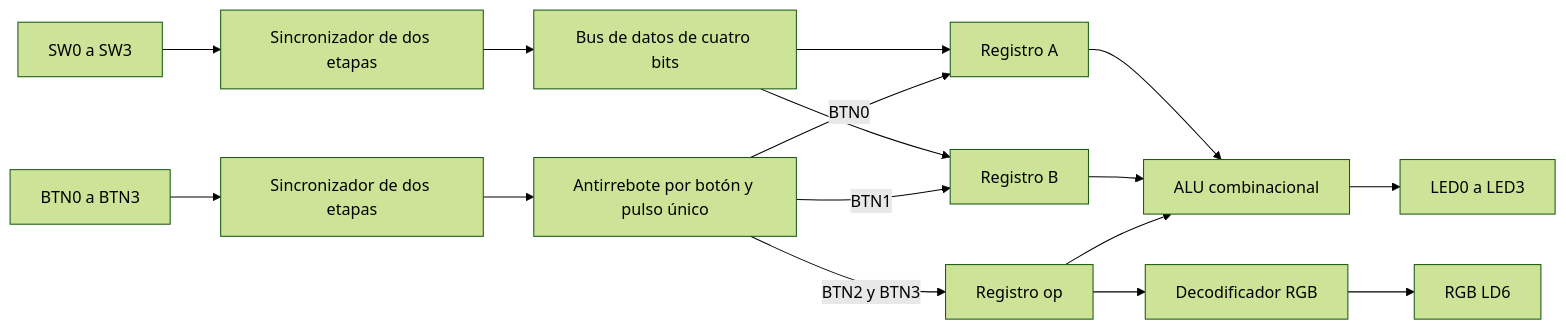
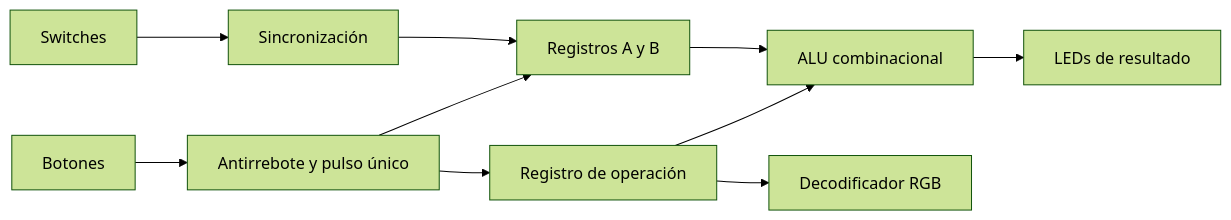
The diagram in README.md (seb31cortes/Lab02_JulianDavidSaavedraPacheco_JuanSebastianCortesGutierrez_CarlosEduardoMatheusQuintero), drawn with Mermaid (forest theme) before and after one commit. The commit also changed other lines of this file and 14 other files, not shown here.

````diff
--- a/README.md
+++ b/README.md
@@ -50,18 +19,12 @@
 ```mermaid
 flowchart LR
-    SW[SW0 a SW3] --> SS[Sincronizador de dos etapas]
-    SS --> DATA[Bus de datos de cuatro bits]
-    BTN[BTN0 a BTN3] --> BS[Sincronizador de dos etapas]
-    BS --> FILT[Antirrebote por botón y pulso único]
-    DATA --> RA[Registro A]
-    DATA --> RB[Registro B]
-    FILT -->|BTN0| RA
-    FILT -->|BTN1| RB
-    FILT -->|BTN2 y BTN3| OP[Registro op]
-    RA --> ALU[ALU combinacional]
-    RB --> ALU
-    OP --> ALU
-    OP --> RGB[Decodificador RGB]
-    ALU --> LED[LED0 a LED3]
-    RGB --> LD6[RGB LD6]
+    SW[Switches] --> SYNC[Sincronización]
+    BTN[Botones] --> PULSE[Antirrebote y pulso único]
+    SYNC --> REGS[Registros A y B]
+    PULSE --> REGS
+    PULSE --> OPREG[Registro de operación]
+    REGS --> ALU[ALU combinacional]
+    OPREG --> ALU
+    ALU --> LED[LEDs de resultado]
+    OPREG --> RGB[Decodificador RGB]
 ```
````
